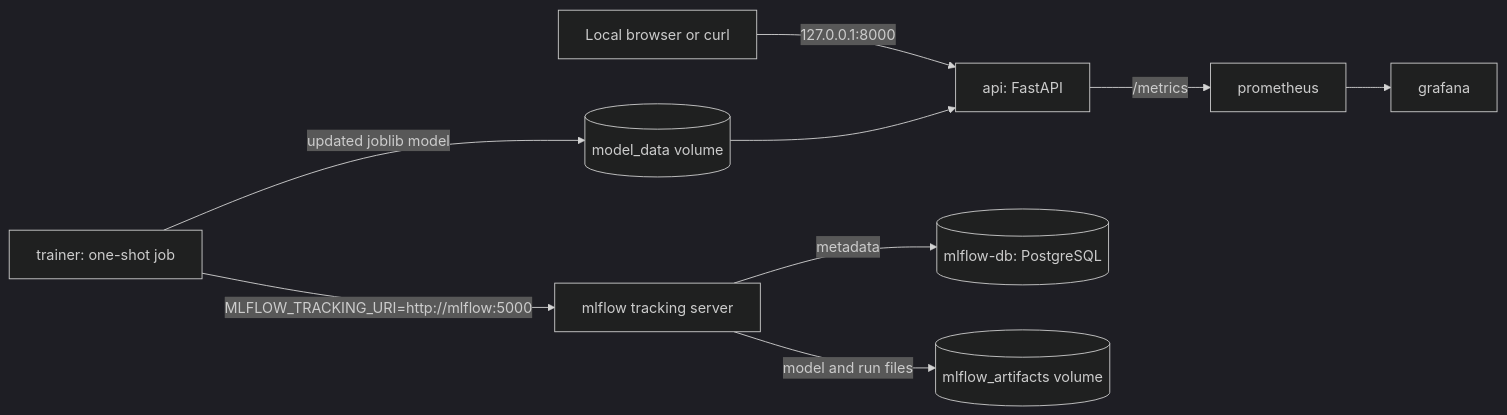
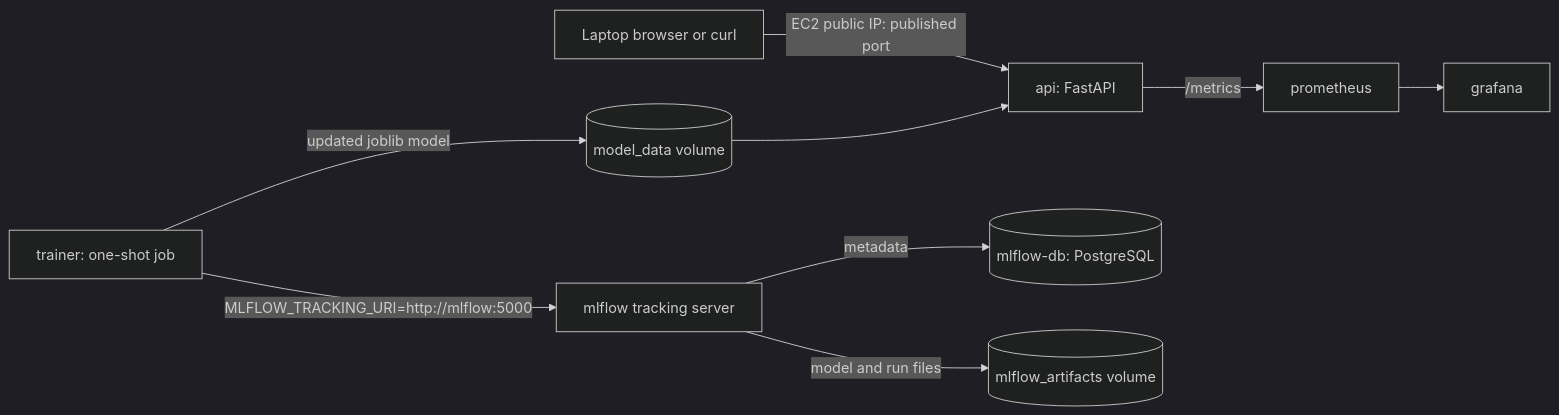
One commit to karthikramana25-pixel/MLops changed the diagram in mlops/README.md. Above: the diagram before and after it, drawn with Mermaid (dark theme). The commit also changed other lines of this file and 2 other files, not shown here.

Commit message:
docker compose is added with public

````diff
--- a/mlops/README.md
+++ b/mlops/README.md
@@ -19,11 +19,11 @@
 ```mermaid
 flowchart LR
-  Client[Local browser or curl] -->|127.0.0.1:8000| API[api: FastAPI]
+  Client[Laptop browser or curl] -->|EC2 public IP: published port| API[api: FastAPI]
   API -->|/metrics| Prometheus[prometheus]
   Prometheus --> Grafana[grafana]
   Trainer[trainer: one-shot job] -->|MLFLOW_TRACKING_URI=http://mlflow:5000| MLflow[mlflow tracking server]
   MLflow -->|metadata| DB[(mlflow-db: PostgreSQL)]
   MLflow -->|model and run files| Artifacts[(mlflow_artifacts volume)]
   Trainer -->|updated joblib model| Model[(model_data volume)]
   Model --> API
 ```
````
